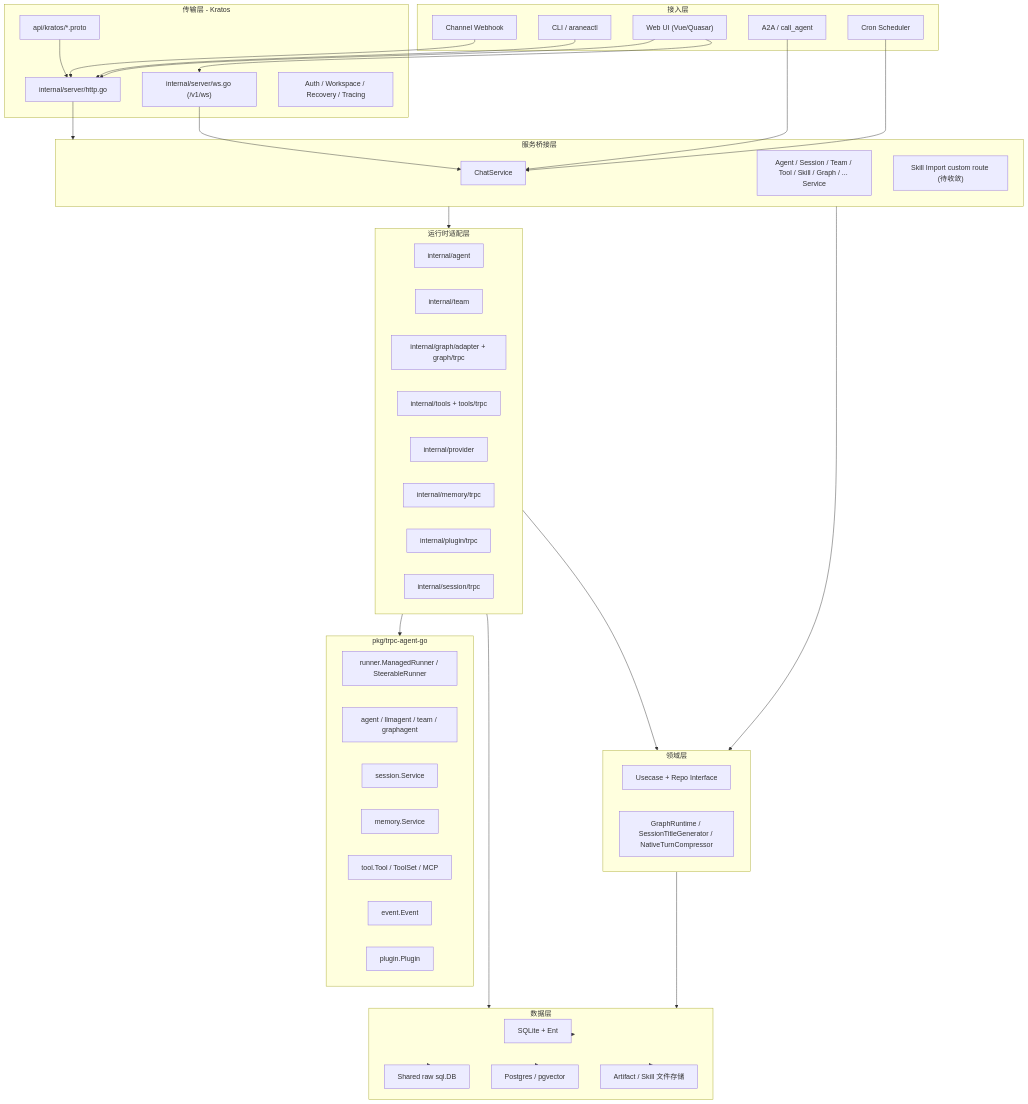
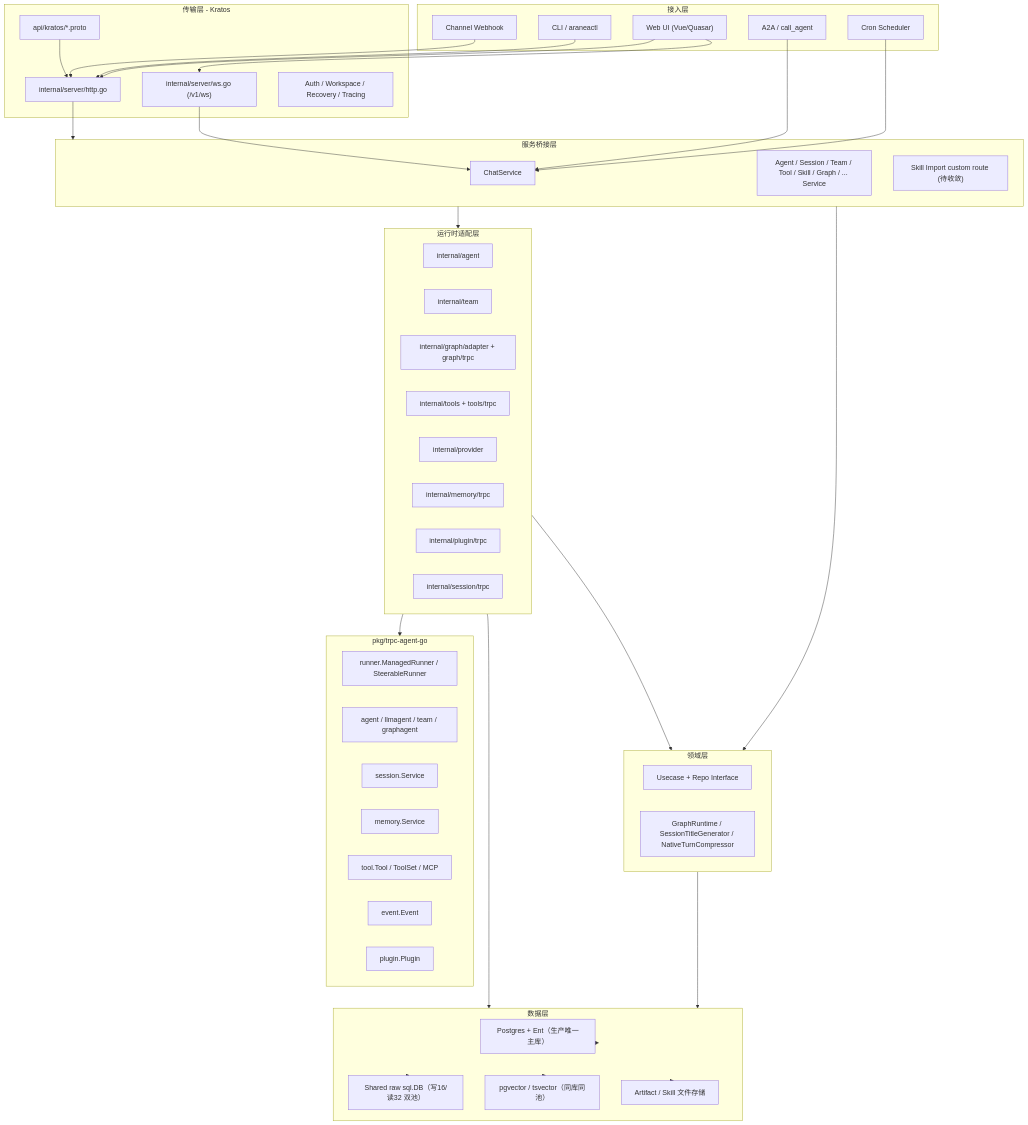
Before and after one commit to AmarsDing/aranea-agents: the first of 8 diagrams in docs/development/0-system-diagram.md, drawn with Mermaid. The commit also changed other lines of this file and 375 other files, not shown here.

````diff
--- a/docs/development/0-system-diagram.md
+++ b/docs/development/0-system-diagram.md
@@ -18,76 +18,76 @@
 ```mermaid
 flowchart TB
   subgraph Client["接入层"]
     Web["Web UI (Vue/Quasar)"]
     CLI["CLI / araneactl"]
     Channel["Channel Webhook"]
     Cron["Cron Scheduler"]
     A2A["A2A / call_agent"]
   end
 
   subgraph Transport["传输层 - Kratos"]
     Proto["api/kratos/*.proto"]
     HTTP["internal/server/http.go"]
     WS["internal/server/ws.go (/v1/ws)"]
     MW["Auth / Workspace / Recovery / Tracing"]
   end
 
   subgraph Service["服务桥接层"]
     ChatSvc["ChatService"]
     DomainSvc["Agent / Session / Team / Tool / Skill / Graph / ... Service"]
     ImportRoute["Skill Import custom route (待收敛)"]
   end
 
   subgraph Biz["领域层"]
     Usecases["Usecase + Repo Interface"]
     RuntimePorts["GraphRuntime / SessionTitleGenerator / NativeTurnCompressor"]
   end
 
   subgraph Runtime["运行时适配层"]
     AgentBuild["internal/agent"]
     TeamRun["internal/team"]
     GraphAdapter["internal/graph/adapter + graph/trpc"]
     ToolMount["internal/tools + tools/trpc"]
     Provider["internal/provider"]
     MemoryTRPC["internal/memory/trpc"]
     PluginTRPC["internal/plugin/trpc"]
     SessionTRPC["internal/session/trpc"]
   end
 
   subgraph Framework["pkg/trpc-agent-go"]
     Runner["runner.ManagedRunner / SteerableRunner"]
     Agent["agent / llmagent / team / graphagent"]
     Session["session.Service"]
     Memory["memory.Service"]
     Tool["tool.Tool / ToolSet / MCP"]
     Event["event.Event"]
     Plugin["plugin.Plugin"]
   end
 
   subgraph Data["数据层"]
-    Ent["SQLite + Ent"]
-    Raw["Shared raw sql.DB"]
-    PG["Postgres / pgvector"]
+    Ent["Postgres + Ent（生产唯一主库）"]
+    Raw["Shared raw sql.DB（写16/读32 双池）"]
+    PG["pgvector / tsvector（同库同池）"]
     FS["Artifact / Skill 文件存储"]
   end
 
   Web --> HTTP
   Web --> WS
   CLI --> HTTP
   Channel --> HTTP
   Cron --> ChatSvc
   A2A --> ChatSvc
   Proto --> HTTP
   HTTP --> Service
   WS --> ChatSvc
   Service --> Biz
   Service --> Runtime
   Biz --> Data
   Runtime --> Framework
   Runtime --> Biz
   Runtime --> Data
   Data --> Ent
   Data --> Raw
   Data --> PG
   Data --> FS
 ```
````
